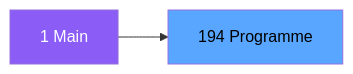
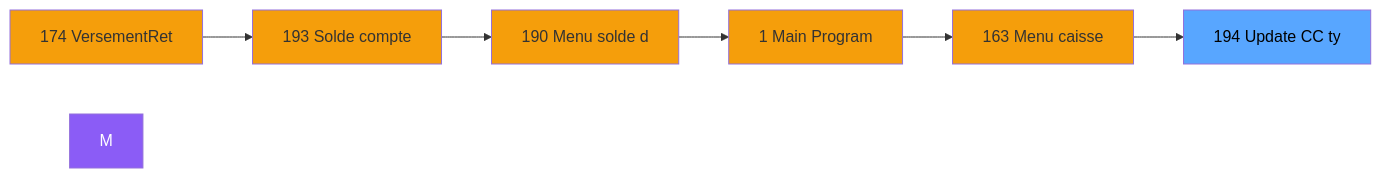
The second of 3 diagrams in .openspec/specs/ADH-IDE-194.md (thonyAGP/magic-migration), drawn with Mermaid before and after one commit. The commit also changed other lines of this file and 323 other files, not shown here.

````diff
--- a/.openspec/specs/ADH-IDE-194.md
+++ b/.openspec/specs/ADH-IDE-194.md
@@ -100,8 +117,21 @@
 ```mermaid
 graph LR
-    M[1 Main]
-    T[194 Programme]
-    M --> T
+    N174[174 VersementRet]
+    N193[193 Solde compte]
+    N190[190 Menu solde d]
+    N1[1 Main Program]
+    N163[163 Menu caisse ]
+    T[194 Update CC ty]
+    N174 --> N193
+    N193 --> N190
+    N190 --> N1
+    N1 --> N163
+    N163 --> T
     style M fill:#8b5cf6,color:#fff
+    style N174 fill:#f59e0b
+    style N193 fill:#f59e0b
+    style N190 fill:#f59e0b
+    style N1 fill:#f59e0b
+    style N163 fill:#f59e0b
     style T fill:#58a6ff,color:#000
 ```
````
